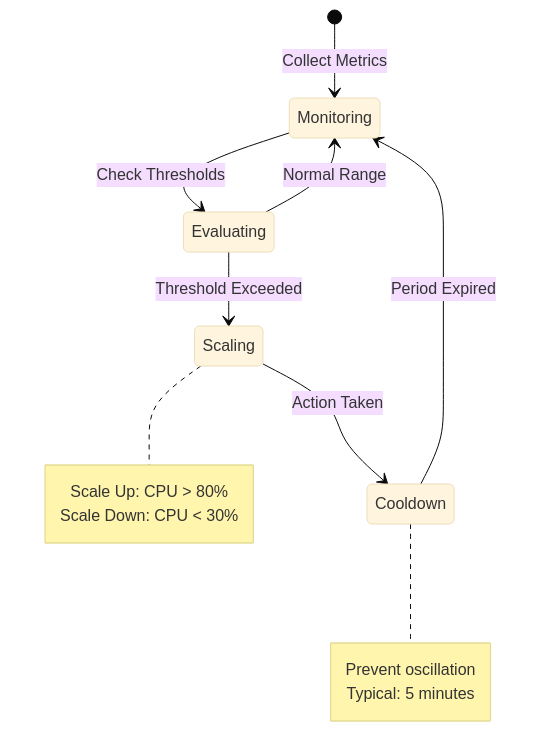
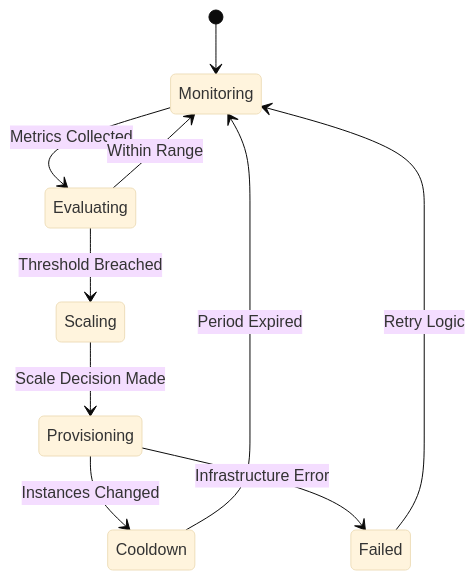
The third of 6 diagrams in docs/pattern-library/scaling/auto-scaling.md (deepaucksharma/DStudio), drawn with Mermaid (base theme) before and after one commit. The commit also changed other lines of this file and 23 other files, not shown here.

````diff
--- a/docs/pattern-library/scaling/auto-scaling.md
+++ b/docs/pattern-library/scaling/auto-scaling.md
@@ -103,19 +172,13 @@
 ```mermaid
 stateDiagram-v2
-    [*] --> Monitoring: Collect Metrics
-    Monitoring --> Evaluating: Check Thresholds
-    Evaluating --> Scaling: Threshold Exceeded
-    Evaluating --> Monitoring: Normal Range
-    Scaling --> Cooldown: Action Taken
+    [*] --> Monitoring
+    Monitoring --> Evaluating: Metrics Collected
+    Evaluating --> Scaling: Threshold Breached
+    Evaluating --> Monitoring: Within Range
+    Scaling --> Provisioning: Scale Decision Made
+    Provisioning --> Cooldown: Instances Changed
     Cooldown --> Monitoring: Period Expired
     
-    note right of Scaling
-        Scale Up: CPU > 80%
-        Scale Down: CPU < 30%
-    end note
-    
-    note right of Cooldown
-        Prevent oscillation
-        Typical: 5 minutes
-    end note
+    Provisioning --> Failed: Infrastructure Error
+    Failed --> Monitoring: Retry Logic
 ```
````
